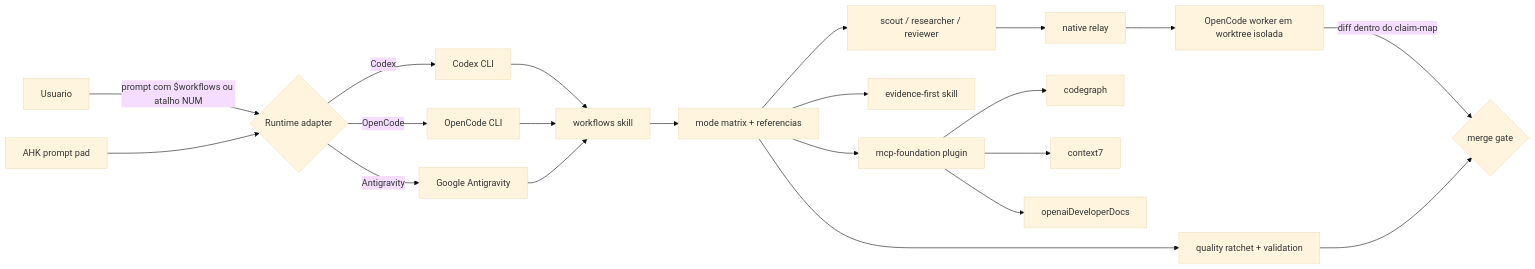
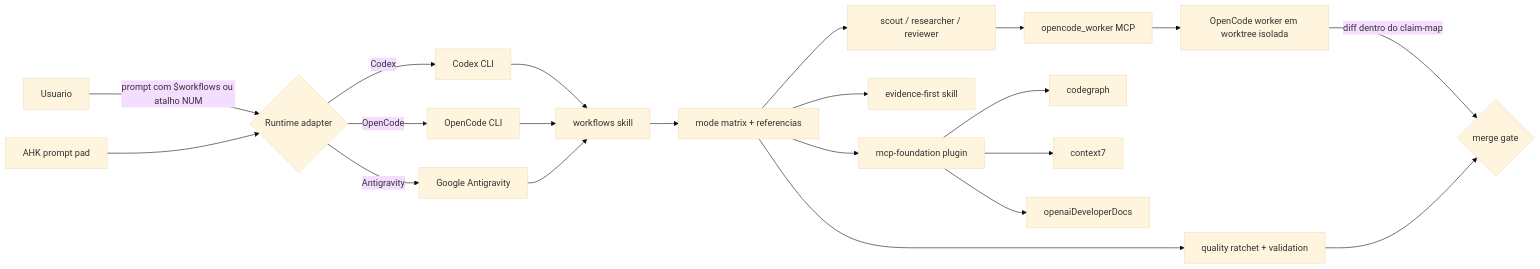
Before and after one commit to CheekyCodexConjurer/codex-workflows-kit: the second of 2 diagrams in README.md, drawn with Mermaid (base theme). The commit also changed other lines of this file and 21 other files, not shown here.

First line of the commit message:
refactor(workflows): simplify OpenCode writer routing

````diff
--- a/README.md
+++ b/README.md
@@ -140,23 +140,23 @@
 ```mermaid
 flowchart LR
     USER["Usuario"] -->|"prompt com $workflows ou atalho NUM"| RUNTIME{"Runtime adapter"}
     AHK["AHK prompt pad"] --> RUNTIME
     RUNTIME -->|Codex| CODEX["Codex CLI"]
     RUNTIME -->|OpenCode| OPC["OpenCode CLI"]
     RUNTIME -->|Antigravity| ANT["Google Antigravity"]
     CODEX --> SKILL["workflows skill"]
     OPC --> SKILL
     ANT --> SKILL
     SKILL --> MM["mode matrix + referencias"]
     MM --> SUB["scout / researcher / reviewer"]
-    SUB --> RELAY["native relay"]
-    RELAY --> WORKER["OpenCode worker em worktree isolada"]
+    SUB --> MCPWORKER["opencode_worker MCP"]
+    MCPWORKER --> WORKER["OpenCode worker em worktree isolada"]
     MM --> EF["evidence-first skill"]
     MM --> RATCHET["quality ratchet + validation"]
     MM --> MCP["mcp-foundation plugin"]
     MCP --> CG["codegraph"]
     MCP --> C7["context7"]
     MCP --> OD["openaiDeveloperDocs"]
     WORKER -->|"diff dentro do claim-map"| GATE{"merge gate"}
     RATCHET --> GATE
 ```
````
